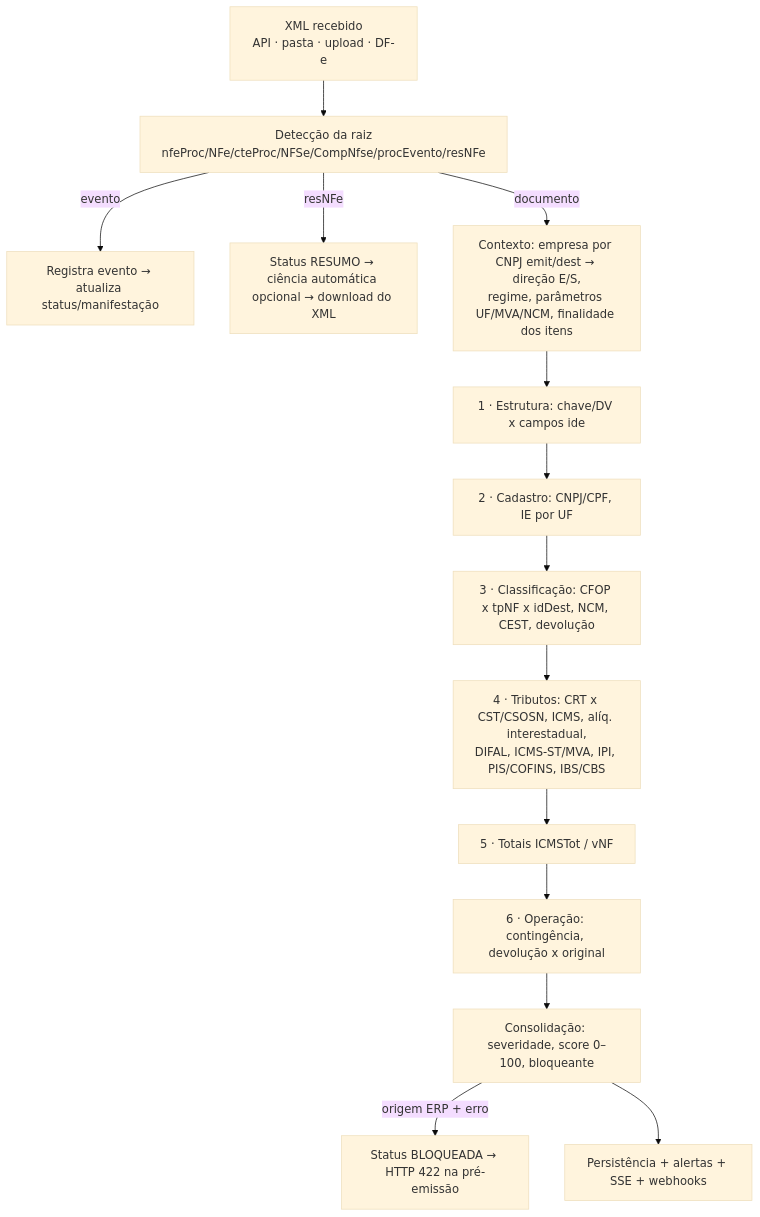
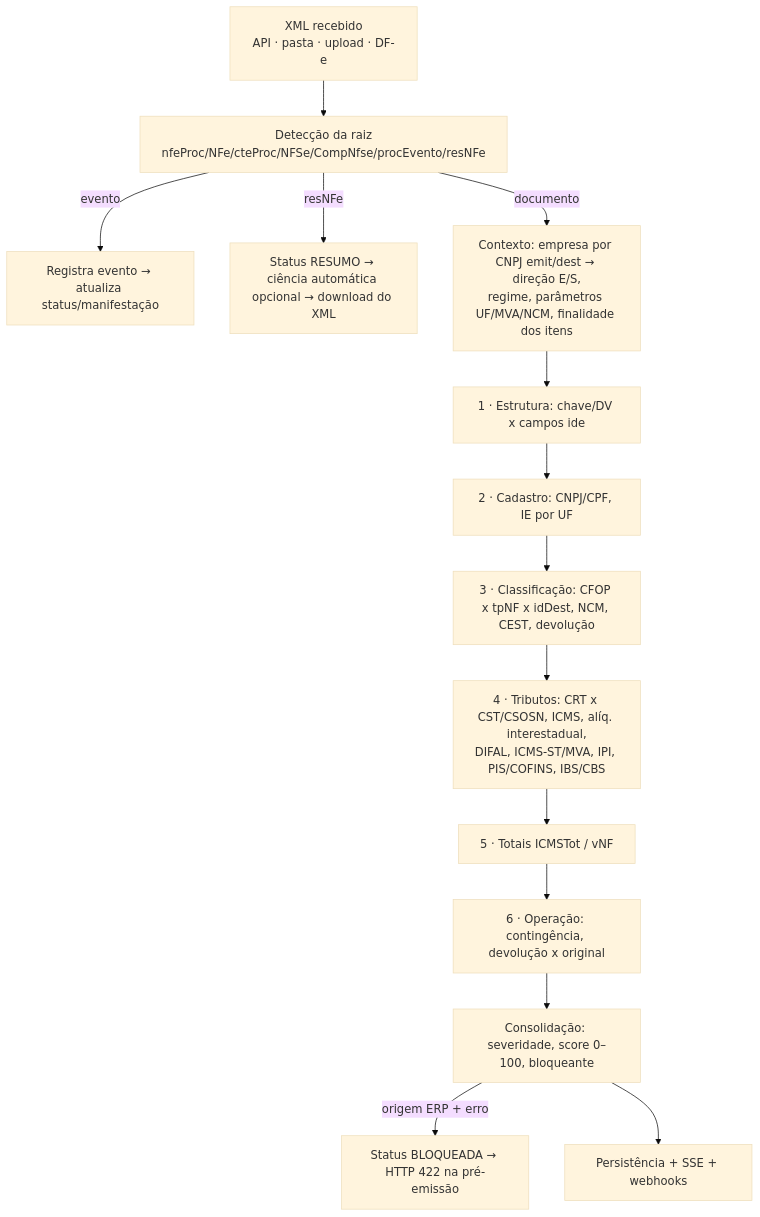
Before and after one commit to hellisonvidal/Vorticis-Monitor: the second of 3 diagrams in docs/ARQUITETURA.md, drawn with Mermaid (base theme). The commit also changed other lines of this file and 31 other files, not shown here.

````diff
--- a/docs/ARQUITETURA.md
+++ b/docs/ARQUITETURA.md
@@ -90,16 +88,16 @@
 ```mermaid
 flowchart TD
   A[XML recebido<br>API · pasta · upload · DF-e] --> B[Detecção da raiz<br>nfeProc/NFe/cteProc/NFSe/CompNfse/procEvento/resNFe]
   B -->|evento| EV[Registra evento → atualiza status/manifestação]
   B -->|resNFe| RS[Status RESUMO → ciência automática opcional → download do XML]
   B -->|documento| C[Contexto: empresa por CNPJ emit/dest → direção E/S,<br>regime, parâmetros UF/MVA/NCM, finalidade dos itens]
   C --> D1[1 · Estrutura: chave/DV x campos ide]
   D1 --> D2[2 · Cadastro: CNPJ/CPF, IE por UF]
   D2 --> D3[3 · Classificação: CFOP x tpNF x idDest, NCM, CEST, devolução]
   D3 --> D4[4 · Tributos: CRT x CST/CSOSN, ICMS, alíq. interestadual,<br>DIFAL, ICMS-ST/MVA, IPI, PIS/COFINS, IBS/CBS]
   D4 --> D5[5 · Totais ICMSTot / vNF]
   D5 --> D6[6 · Operação: contingência, devolução x original]
   D6 --> E[Consolidação: severidade, score 0–100, bloqueante]
   E -->|origem ERP + erro| BL[Status BLOQUEADA → HTTP 422 na pré-emissão]
-  E --> F[Persistência + alertas + SSE + webhooks]
+  E --> F[Persistência + SSE + webhooks]
 ```
````
